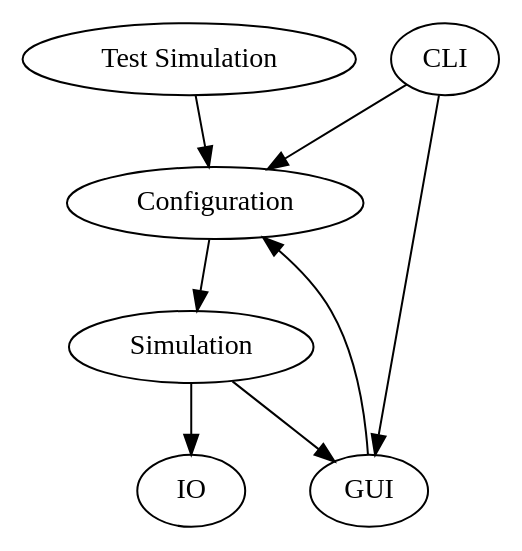
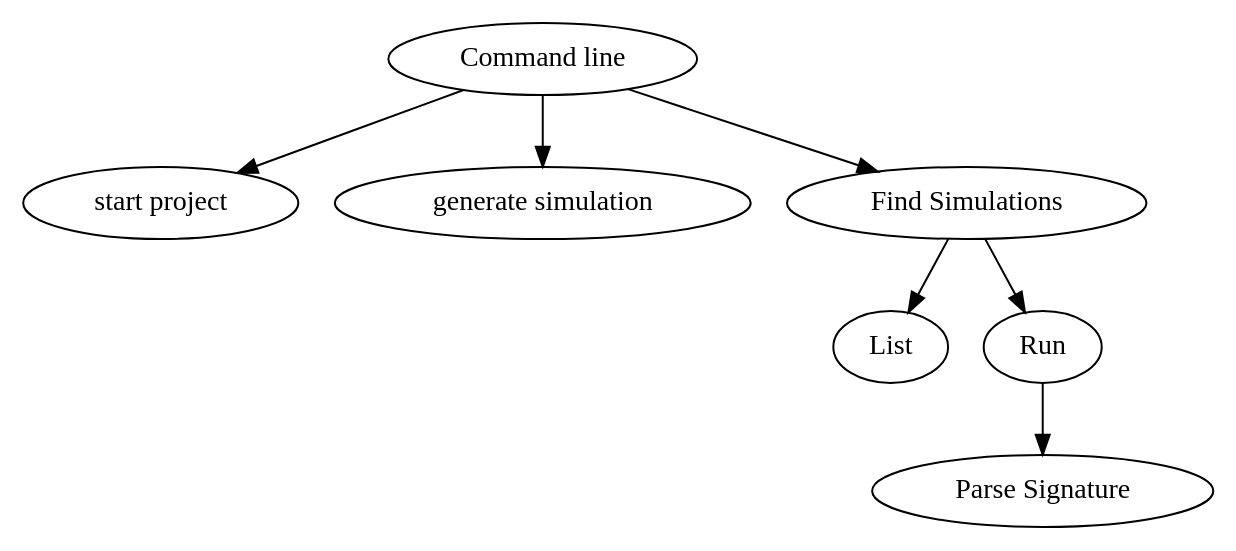
The diagram in docs/_graphs/architecture.dot (crowddynamics/crowddynamics), drawn with Graphviz before and after one commit. The commit also changed 16 other files, not shown here.

Commit message:
configurations, command line client startproject

```diff
--- a/docs/_graphs/architecture.dot
+++ b/docs/_graphs/architecture.dot
@@ -1,15 +1,9 @@
 digraph architecture {
-    "CLI" -> {
-        "Configuration";
-        "GUI";
-    }
-    "Test Simulation" -> "Configuration";
-    "GUI" -> {
-        "Configuration";
-    };
-    "Configuration" -> "Simulation";
-    "Simulation" -> {
-        "GUI";
-        "IO";
-    }
+    "Command line" -> "start project";
+    "Command line" -> "generate simulation";
+    "Command line" -> "Find Simulations";
+    "Find Simulations" -> "List";
+    "Find Simulations" -> "Run";
+    "Run" -> "Parse Signature";
+
 }
```
